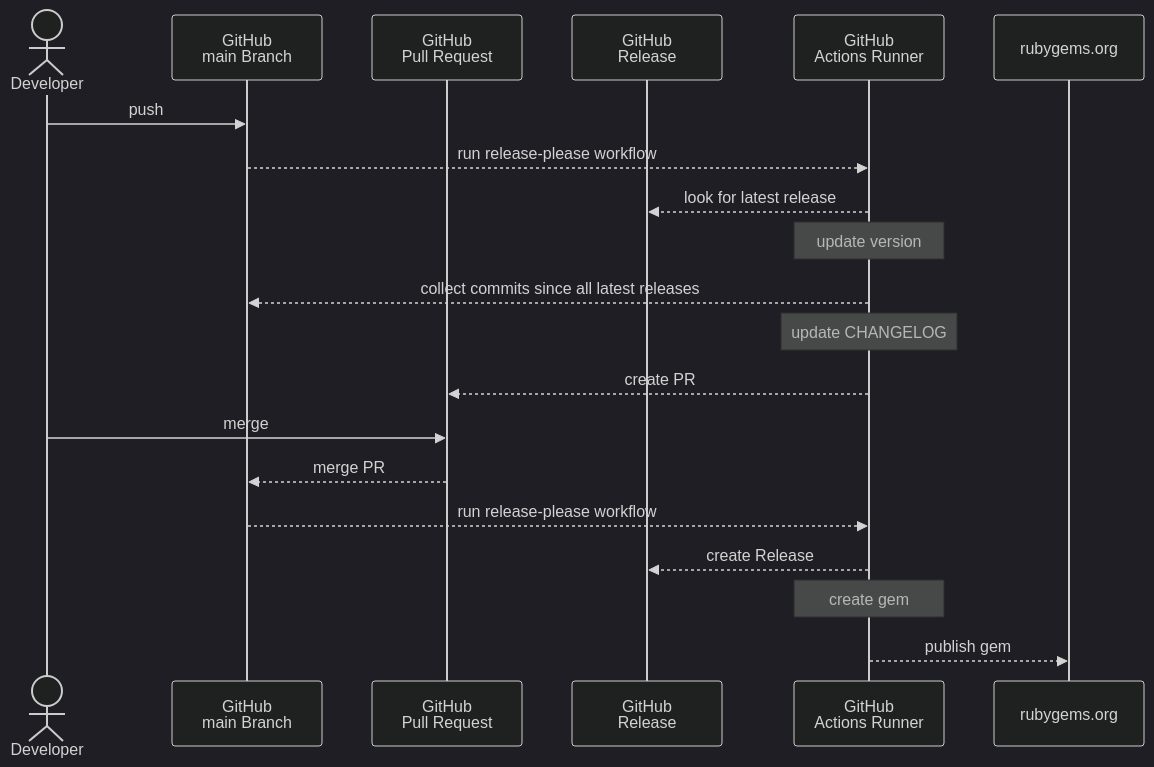
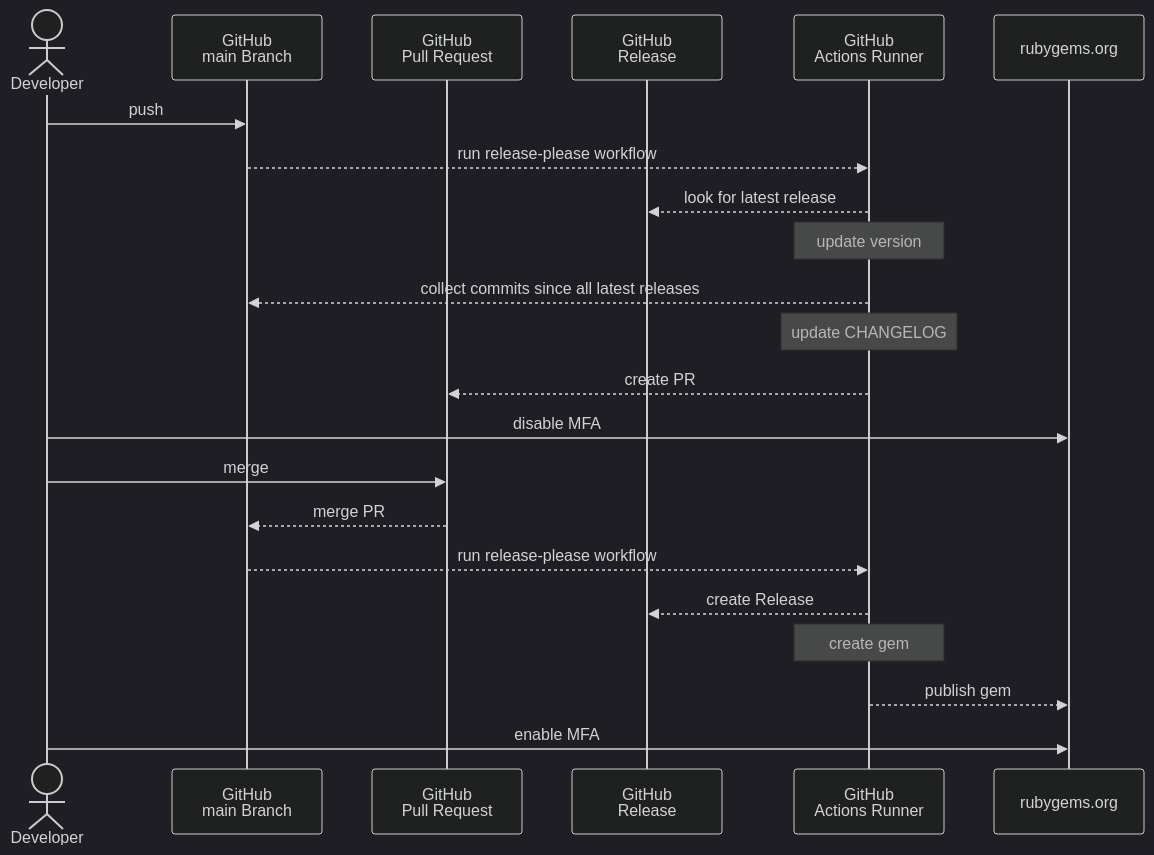
The second of 2 diagrams in docs/workflow.md (masaakiaoyagi/rspec-context_helper.rb), drawn with Mermaid (dark theme) before and after one commit.

Commit message:
docs: fix workflow

````diff
--- a/docs/workflow.md
+++ b/docs/workflow.md
@@ -27,24 +27,26 @@
 ```mermaid
 sequenceDiagram
 
 actor user as Developer
 participant main as GitHub<br />main Branch
 participant pr as GitHub<br />Pull Request
 participant release as GitHub<br />Release
 participant runner as GitHub<br />Actions Runner
 participant gem as rubygems.org
 
 user ->> main: push
   main -->> runner: run release-please workflow
         runner -->> release: look for latest release
           Note over runner: update version
   runner -->> main: collect commits since all latest releases
           Note over runner: update CHANGELOG
     runner -->> pr: create PR
+user ->> gem: disable MFA
 user ->> pr: merge
   pr -->> main: merge PR
   main -->> runner: run release-please workflow
     runner -->> release: create Release
           Note over runner: create gem
           runner -->> gem: publish gem
+user ->> gem: enable MFA
 ```
````
